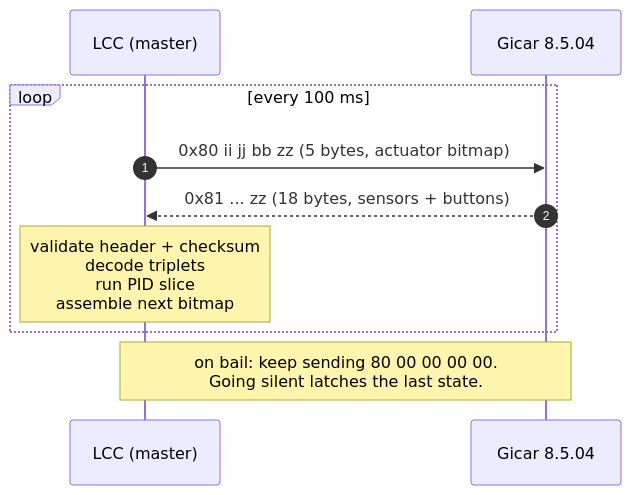
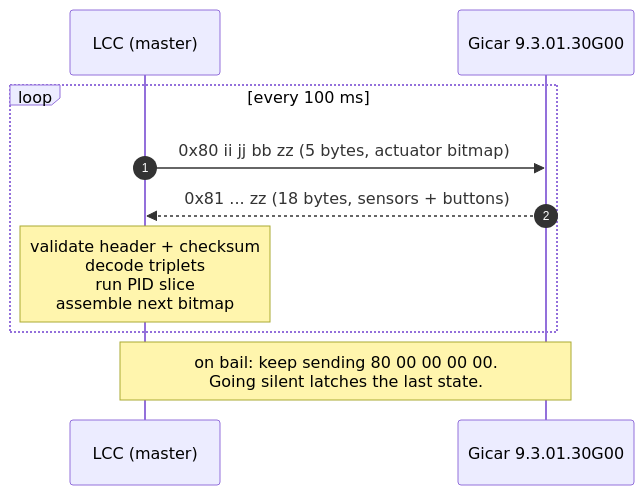
Before and after one commit to salekseev/gaggimate: the second of 2 diagrams in docs/plans/lelit-lcc-protocol.md, drawn with Mermaid. The commit also changed other lines of this file and 6 other files, not shown here.

````diff
--- a/docs/plans/lelit-lcc-protocol.md
+++ b/docs/plans/lelit-lcc-protocol.md
@@ -233,12 +266,12 @@
 ```mermaid
 sequenceDiagram
     autonumber
     participant M as LCC (master)
-    participant G as Gicar 8.5.04
+    participant G as Gicar 9.3.01.30G00
     loop every 100 ms
         M->>G: 0x80 ii jj bb zz  (5 bytes, actuator bitmap)
         G-->>M: 0x81 ... zz      (18 bytes, sensors + buttons)
         Note over M: validate header + checksum<br/>decode triplets<br/>run PID slice<br/>assemble next bitmap
     end
     Note over M,G: on bail: keep sending 80 00 00 00 00.<br/>Going silent latches the last state.
 ```
````
